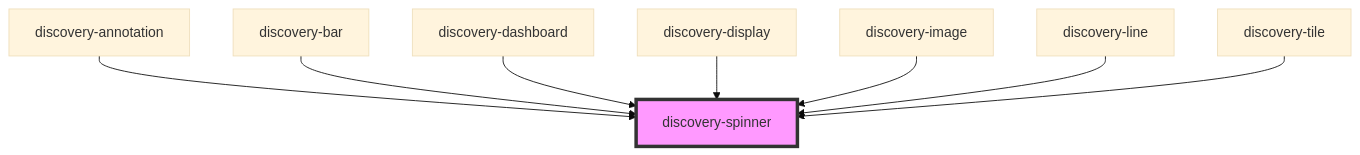
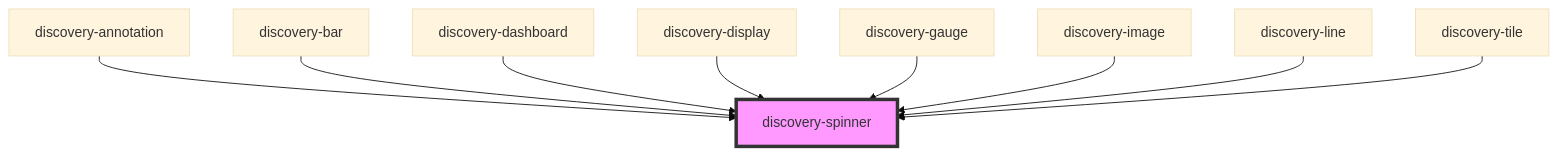
Before and after one commit to senx/discovery-widgets: the diagram in src/components/discovery-spinner/readme.md, drawn with Mermaid (base theme). The commit also changed other lines of this file and 30 other files, not shown here.

````diff
--- a/src/components/discovery-spinner/readme.md
+++ b/src/components/discovery-spinner/readme.md
@@ -28,11 +29,12 @@
 ```mermaid
 graph TD;
   discovery-annotation --> discovery-spinner
   discovery-bar --> discovery-spinner
   discovery-dashboard --> discovery-spinner
   discovery-display --> discovery-spinner
+  discovery-gauge --> discovery-spinner
   discovery-image --> discovery-spinner
   discovery-line --> discovery-spinner
   discovery-tile --> discovery-spinner
   style discovery-spinner fill:#f9f,stroke:#333,stroke-width:4px
 ```
````
